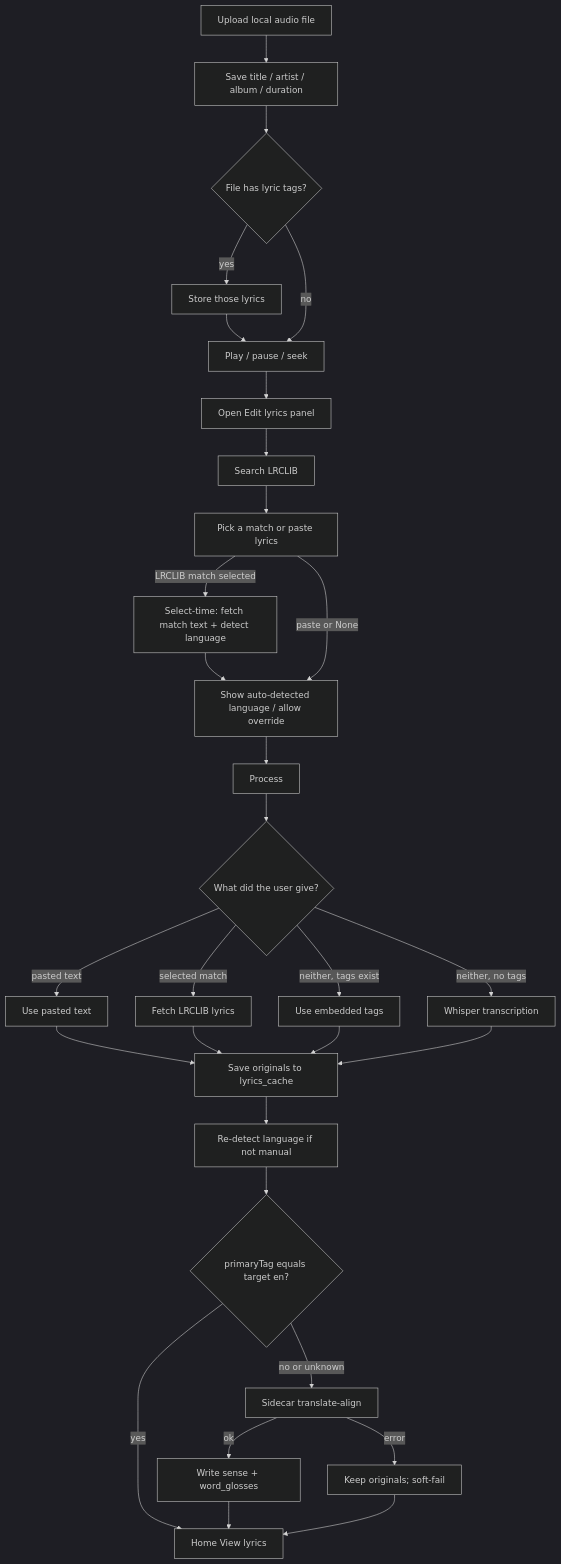
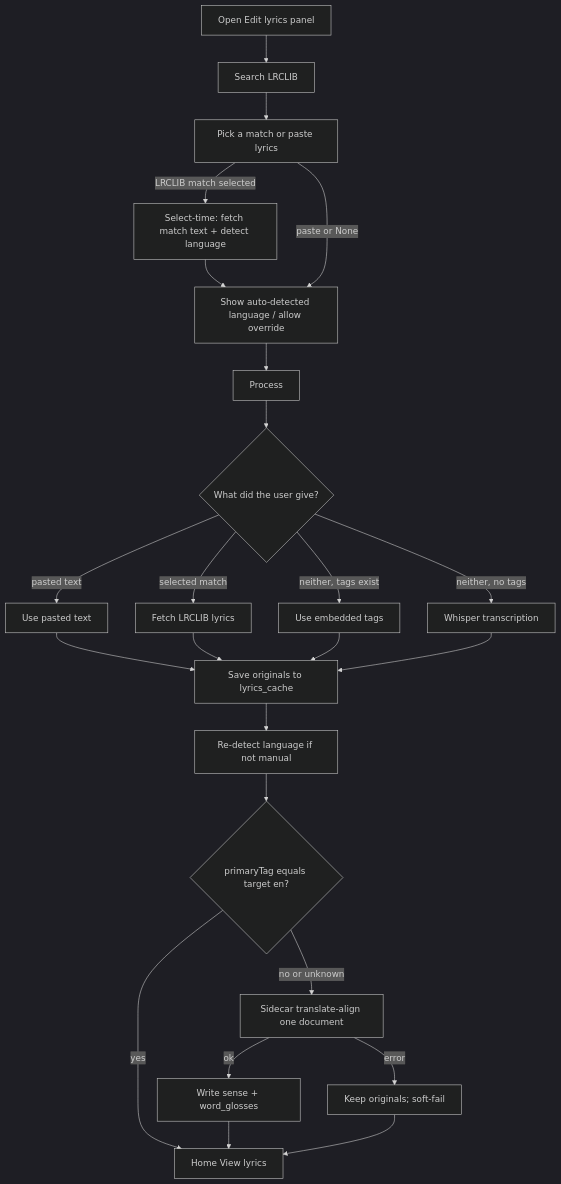
Before and after one commit to RickyuXen/Melodica: the second of 3 diagrams in flow.md, drawn with Mermaid (dark theme). The commit also changed other lines of this file and 18 other files, not shown here.

````diff
--- a/flow.md
+++ b/flow.md
@@ -5,47 +38,39 @@
 ```mermaid
 flowchart TD
-  upload[Upload local audio file]
-  meta[Save title / artist / album / duration]
-  embedded{File has lyric tags?}
-  showTags[Store those lyrics]
-  play[Play / pause / seek]
   panel[Open Edit lyrics panel]
   search[Search LRCLIB]
   pick[Pick a match or paste lyrics]
   selectDetect[Select-time: fetch match text + detect language]
   showLang[Show auto-detected language / allow override]
   process[Process]
   source{What did the user give?}
   user[Use pasted text]
   lrclib[Fetch LRCLIB lyrics]
   tags[Use embedded tags]
   whisper[Whisper transcription]
   saveOrig[Save originals to lyrics_cache]
   detect[Re-detect language if not manual]
   skip{primaryTag equals target en?}
-  translate[Sidecar translate-align]
+  translate[Sidecar translate-align one document]
   saveTx[Write sense + word_glosses]
   softFail[Keep originals; soft-fail]
   show[Home View lyrics]
 
-  upload --> meta --> embedded
-  embedded -->|yes| showTags --> play
-  embedded -->|no| play
-  play --> panel --> search --> pick
+  panel --> search --> pick
   pick -->|LRCLIB match selected| selectDetect --> showLang
   pick -->|paste or None| showLang
   showLang --> process --> source
   source -->|pasted text| user
   source -->|selected match| lrclib
   source -->|neither, tags exist| tags
   source -->|neither, no tags| whisper
   user --> saveOrig
   lrclib --> saveOrig
   tags --> saveOrig
   whisper --> saveOrig
   saveOrig --> detect --> skip
   skip -->|yes| show
   skip -->|no or unknown| translate
   translate -->|ok| saveTx --> show
   translate -->|error| softFail --> show
 ```
````
